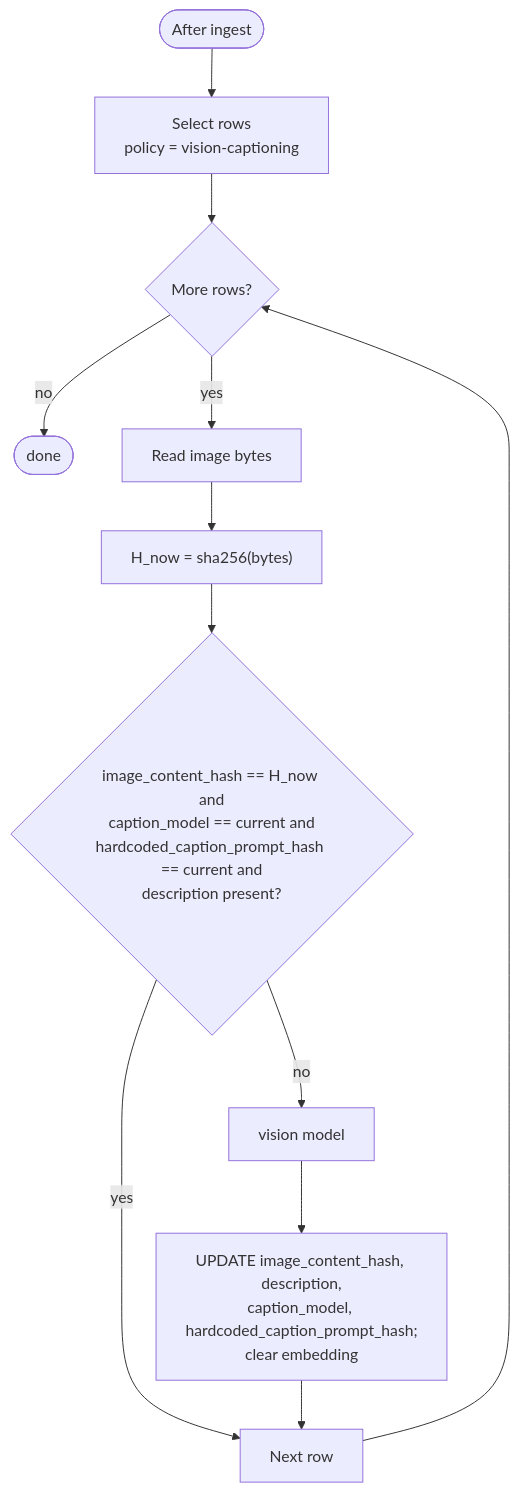
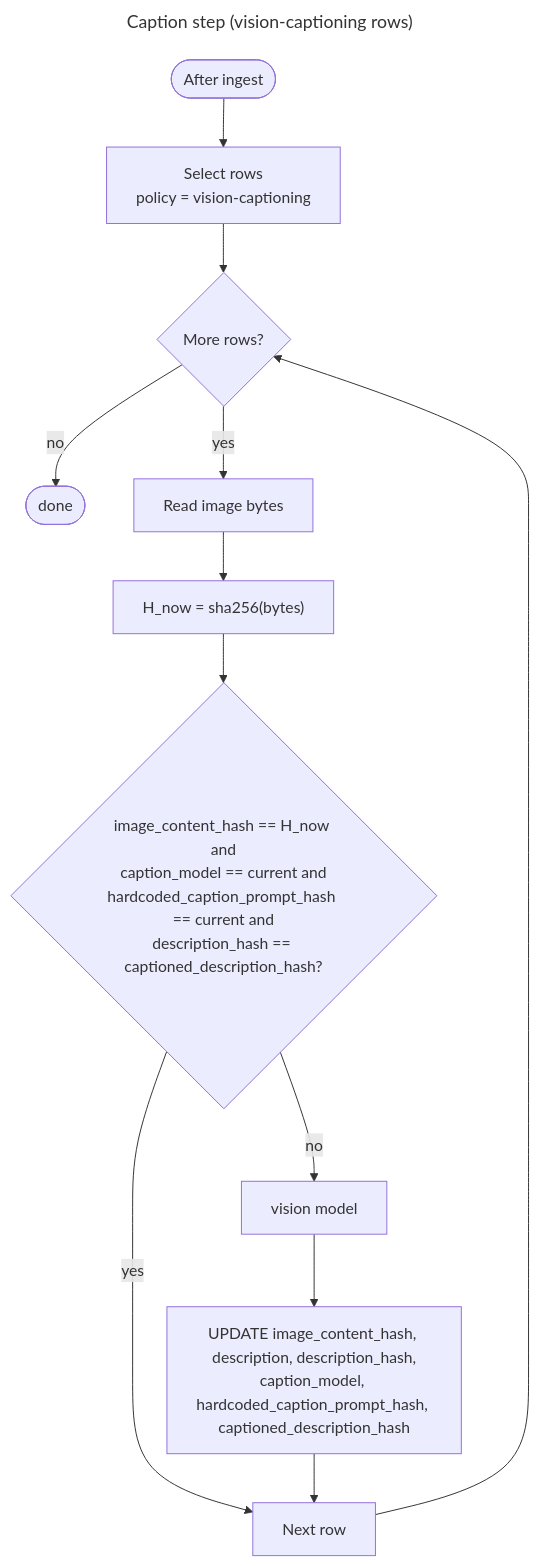
Before and after one commit to kyung-lee-official/neuxus: the first of 2 diagrams in docs/modern-knowledge-base-design/03.2-image-descriptions.md, drawn with Mermaid. The commit also changed other lines of this file, not shown here.

Commit message:
docs: clarify requirements for `*.meta.yaml` and image processing policies

````diff
--- a/docs/modern-knowledge-base-design/03.2-image-descriptions.md
+++ b/docs/modern-knowledge-base-design/03.2-image-descriptions.md
@@ -76,17 +79,18 @@
 ```mermaid
 ---
+title: Caption step (vision-captioning rows)
 theme: neo-dark
 ---
 flowchart TD
   Start([After ingest]) --> Select["Select rows<br/>policy = vision-captioning"]
   Select --> More{More rows?}
   More -- no --> Done([done])
   More -- yes --> Read[Read image bytes]
   Read --> Hash["H_now = sha256(bytes)"]
-  Hash --> Fresh{"image_content_hash == H_now and<br/>caption_model == current and<br/>hardcoded_caption_prompt_hash == current and<br/>description present?"}
+  Hash --> Fresh{"image_content_hash == H_now and<br/>caption_model == current and<br/>hardcoded_caption_prompt_hash == current and<br/>description_hash == captioned_description_hash?"}
   Fresh -- yes --> Next[Next row]
   Fresh -- no --> Vision["vision model"]
-  Vision --> Store["UPDATE image_content_hash, description,<br/>caption_model, hardcoded_caption_prompt_hash;<br/>clear embedding"]
+  Vision --> Store["UPDATE image_content_hash, description, description_hash,<br/>caption_model, hardcoded_caption_prompt_hash, captioned_description_hash"]
   Store --> Next
   Next --> More
 ```
````
